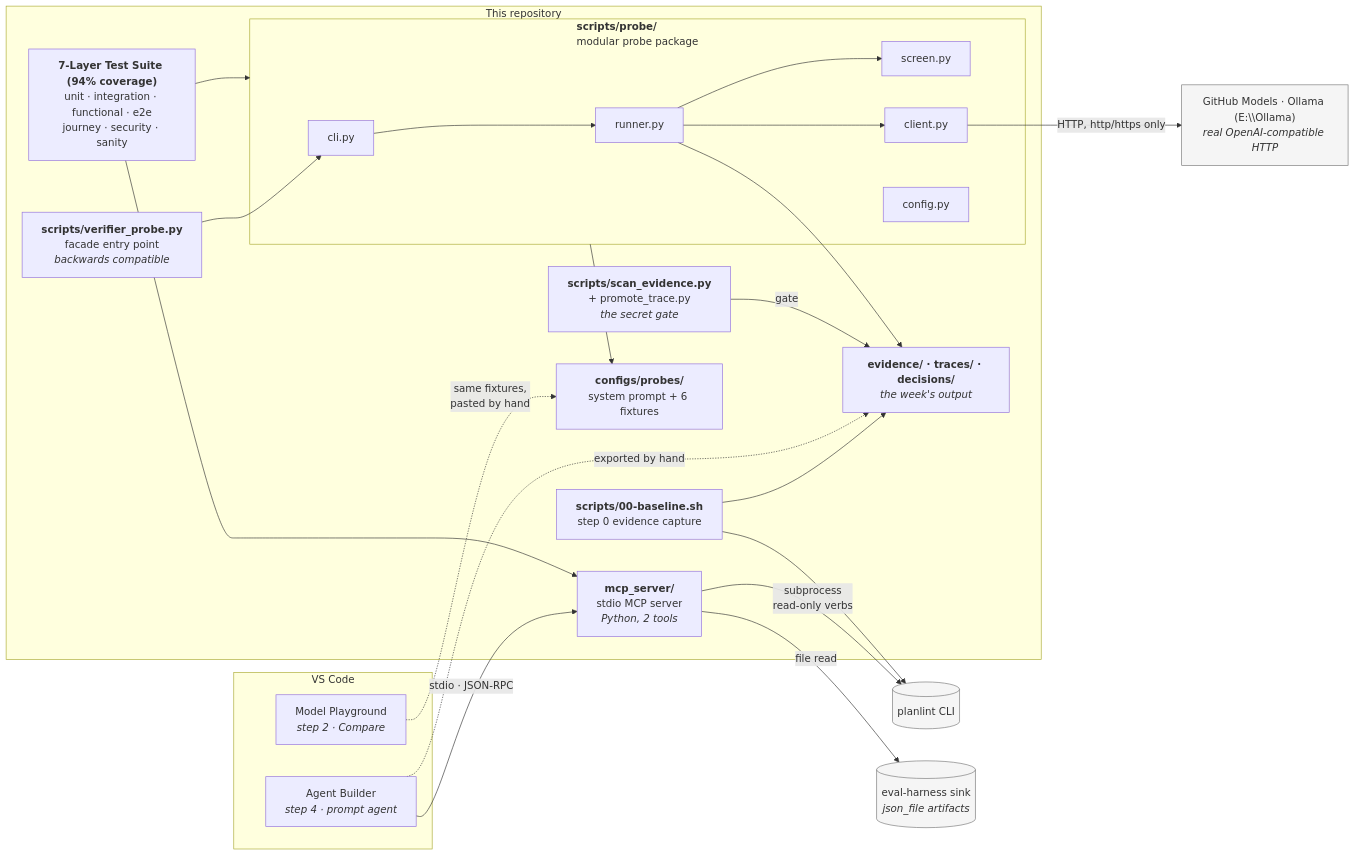
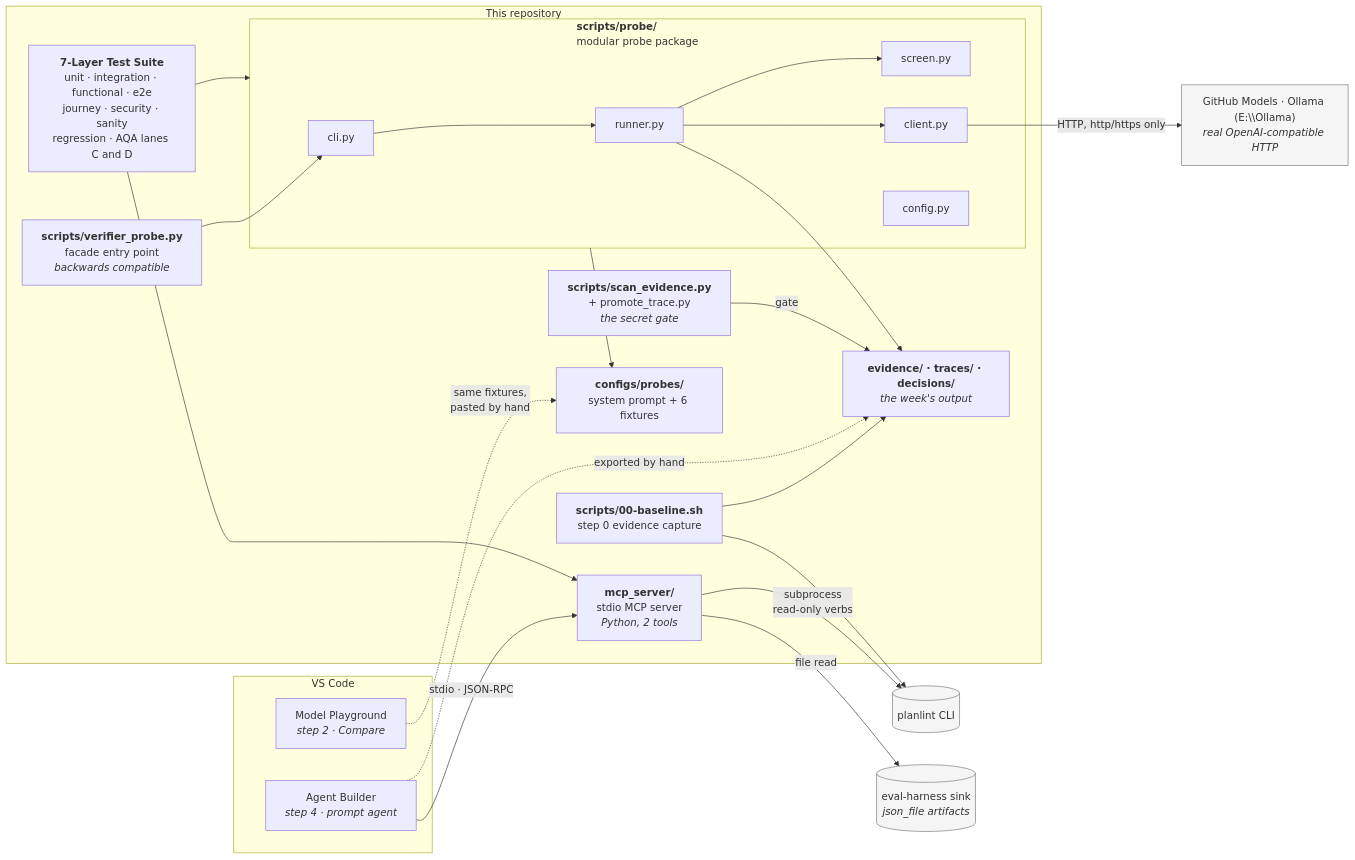
One commit to ianshank/Foundry-week-1 changed the second of 5 diagrams in docs/architecture/C4.md. Above: the diagram before and after it, drawn with Mermaid. The commit also changed other lines of this file and 8 other files, not shown here.

````diff
--- a/docs/architecture/C4.md
+++ b/docs/architecture/C4.md
@@ -63,49 +63,49 @@
 ```mermaid
 graph LR
     subgraph vs["VS Code"]
         pg["Model Playground<br/><i>step 2 · Compare</i>"]
         ab["Agent Builder<br/><i>step 4 · prompt agent</i>"]
     end
 
     subgraph repo["This repository"]
         server["<b>mcp_server/</b><br/>stdio MCP server<br/><i>Python, 2 tools</i>"]
         probe_facade["<b>scripts/verifier_probe.py</b><br/>facade entry point<br/><i>backwards compatible</i>"]
         subgraph probe_pkg["<b>scripts/probe/</b><br/>modular probe package"]
             probe_cli["cli.py"]
             probe_runner["runner.py"]
             probe_screen["screen.py"]
             probe_client["client.py"]
             probe_config["config.py"]
         end
         baseline["<b>scripts/00-baseline.sh</b><br/>step 0 evidence capture"]
         scan["<b>scripts/scan_evidence.py</b><br/>+ promote_trace.py<br/><i>the secret gate</i>"]
         fixtures["<b>configs/probes/</b><br/>system prompt + 6 fixtures"]
         evidence["<b>evidence/ · traces/ · decisions/</b><br/><i>the week's output</i>"]
-        test_suite["<b>7-Layer Test Suite (94% coverage)</b><br/>unit · integration · functional · e2e<br/>journey · security · sanity"]
+        test_suite["<b>7-Layer Test Suite</b><br/>unit · integration · functional · e2e<br/>journey · security · sanity<br/>regression · AQA lanes C and D"]
     end
 
     planlint[("planlint CLI")]
     sink[("eval-harness sink<br/><i>json_file artifacts</i>")]
     models["GitHub Models · Ollama (E:\\Ollama)<br/><i>real OpenAI-compatible HTTP</i>"]
 
     ab -->|"stdio · JSON-RPC"| server
     pg -.->|"same fixtures,<br/>pasted by hand"| fixtures
     probe_facade --> probe_cli
     probe_cli --> probe_runner
     probe_runner --> probe_screen
     probe_runner --> probe_client
     probe_client -->|"HTTP, http/https only"| models
     probe_pkg --> fixtures
     server -->|"subprocess<br/>read-only verbs"| planlint
     server -->|"file read"| sink
     baseline --> planlint
     probe_runner --> evidence
     baseline --> evidence
     ab -.->|"exported by hand"| evidence
     scan -->|"gate"| evidence
     test_suite --> server
     test_suite --> probe_pkg
 
     classDef store fill:#f5f5f5,stroke:#777
     class planlint,sink,models store
 ```
````
